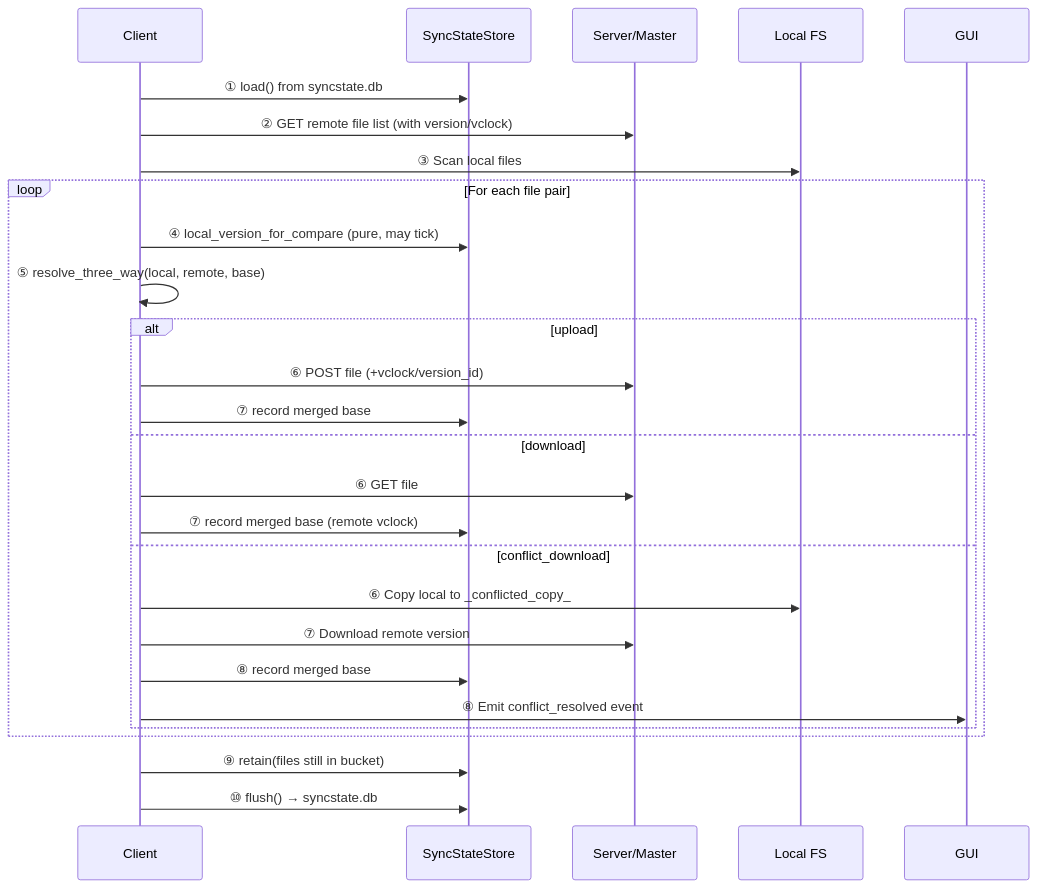
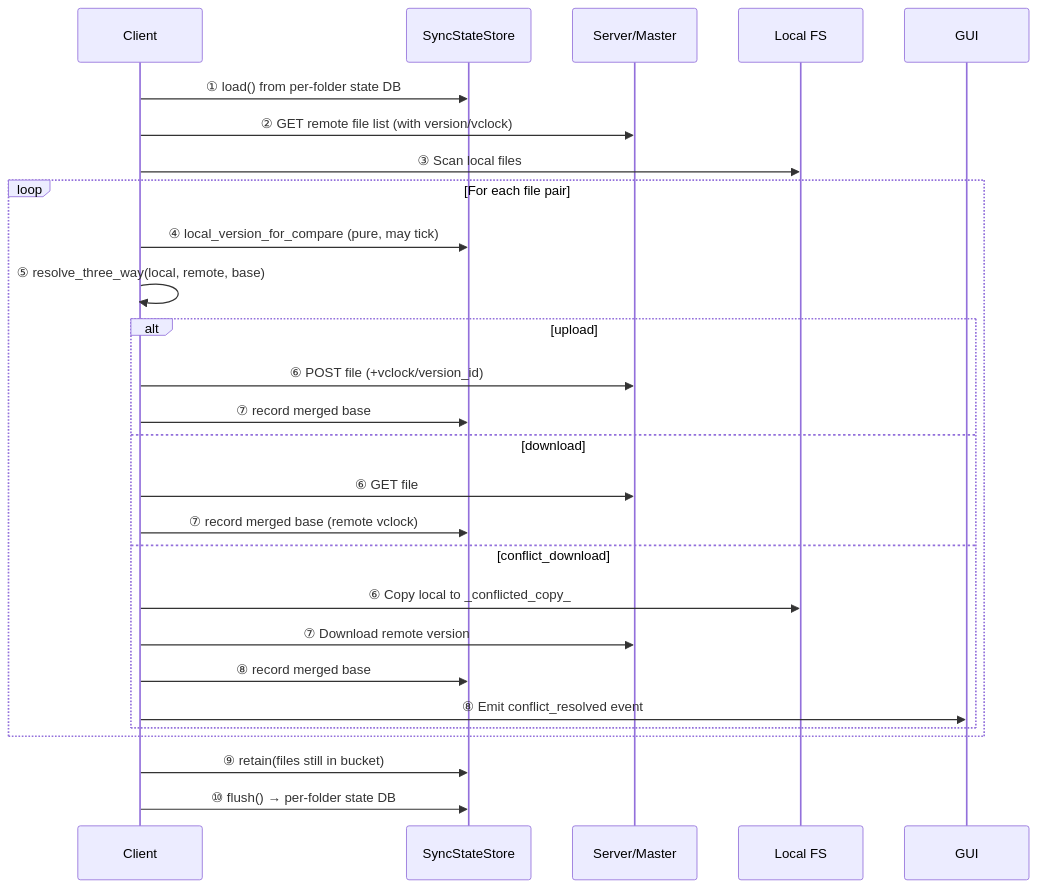
The second of 3 diagrams in docs/conflict-resolution.md (albertsdk/hsync-client), drawn with Mermaid before and after one commit. The commit also changed other lines of this file and 23 other files, not shown here.

First line of the commit message:
feat(state): per-folder sync-state DBs under the device dir

````diff
--- a/docs/conflict-resolution.md
+++ b/docs/conflict-resolution.md
@@ -236,31 +236,31 @@
 ```mermaid
 sequenceDiagram
     participant C as Client
     participant SS as SyncStateStore
     participant S as Server/Master
     participant FS as Local FS
 
-    C->>SS: ① load() from syncstate.db
+    C->>SS: ① load() from per-folder state DB
     C->>S: ② GET remote file list (with version/vclock)
     C->>FS: ③ Scan local files
 
     loop For each file pair
         C->>SS: ④ local_version_for_compare (pure, may tick)
         C->>C: ⑤ resolve_three_way(local, remote, base)
         alt upload
             C->>S: ⑥ POST file (+vclock/version_id)
             C->>SS: ⑦ record merged base
         else download
             C->>S: ⑥ GET file
             C->>SS: ⑦ record merged base (remote vclock)
         else conflict_download
             C->>FS: ⑥ Copy local to _conflicted_copy_
             C->>S: ⑦ Download remote version
             C->>SS: ⑧ record merged base
             C->>GUI: ⑧ Emit conflict_resolved event
         end
     end
 
     C->>SS: ⑨ retain(files still in bucket)
-    C->>SS: ⑩ flush() → syncstate.db
+    C->>SS: ⑩ flush() → per-folder state DB
 ```
````
